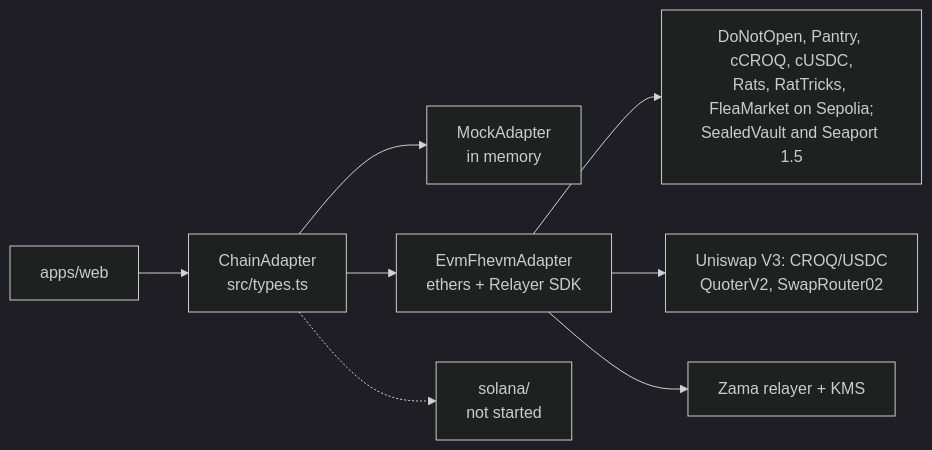
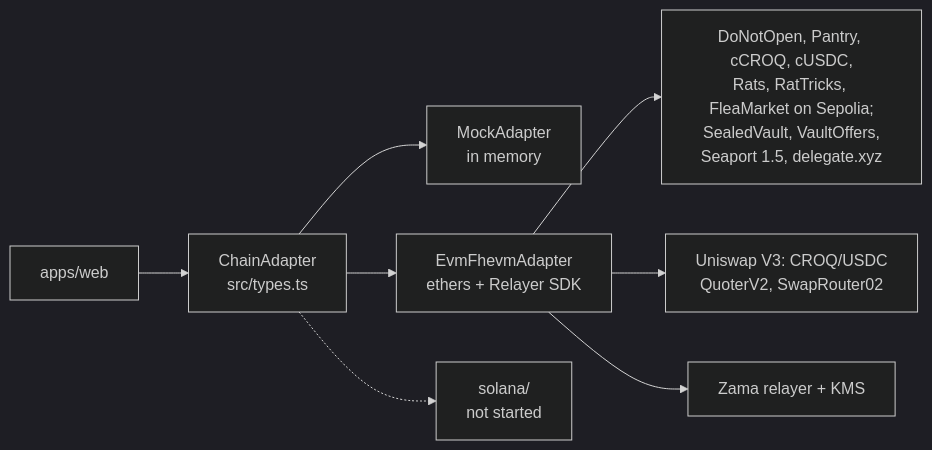
Before and after one commit to jecombe/do_not_open: the first of 2 diagrams in packages/chain-adapter/README.md, drawn with Mermaid (dark theme). The commit also changed other lines of this file and 65 other files, not shown here.

Commit message:
Let a vault box's holder accept a buyer's Seaport offer and name a delegate for the NFT in delegate.xyz, and redeploy the vault on Sepolia

````diff
--- a/packages/chain-adapter/README.md
+++ b/packages/chain-adapter/README.md
@@ -6,10 +6,10 @@
 ```mermaid
 flowchart LR
   web["apps/web"] --> iface["ChainAdapter<br/>src/types.ts"]
   iface --> mock["MockAdapter<br/>in memory"]
   iface --> evm["EvmFhevmAdapter<br/>ethers + Relayer SDK"]
   iface -.-> sol["solana/<br/>not started"]
-  evm --> contract["DoNotOpen, Pantry, cCROQ, cUSDC,<br/>Rats, RatTricks, FleaMarket on Sepolia;<br/>SealedVault and Seaport 1.5"]
+  evm --> contract["DoNotOpen, Pantry, cCROQ, cUSDC,<br/>Rats, RatTricks, FleaMarket on Sepolia;<br/>SealedVault, VaultOffers,<br/>Seaport 1.5, delegate.xyz"]
   evm --> market["Uniswap V3: CROQ/USDC<br/>QuoterV2, SwapRouter02"]
   evm --> relayer["Zama relayer + KMS"]
 ```
````
